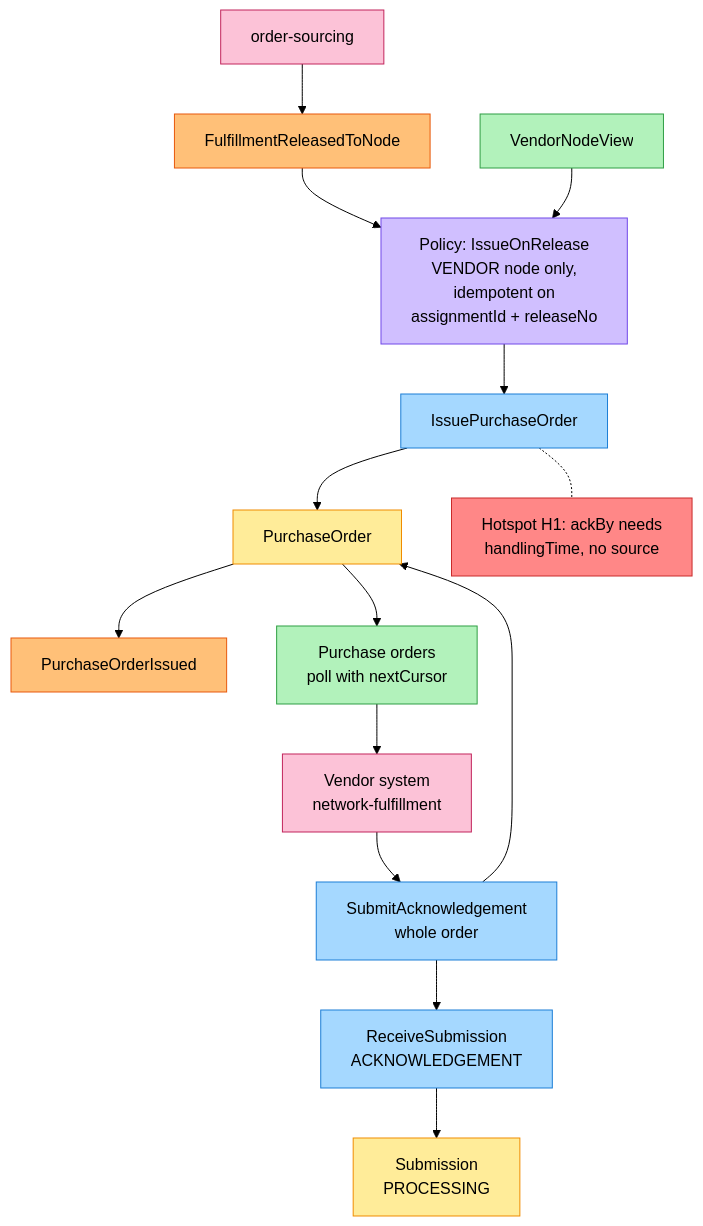
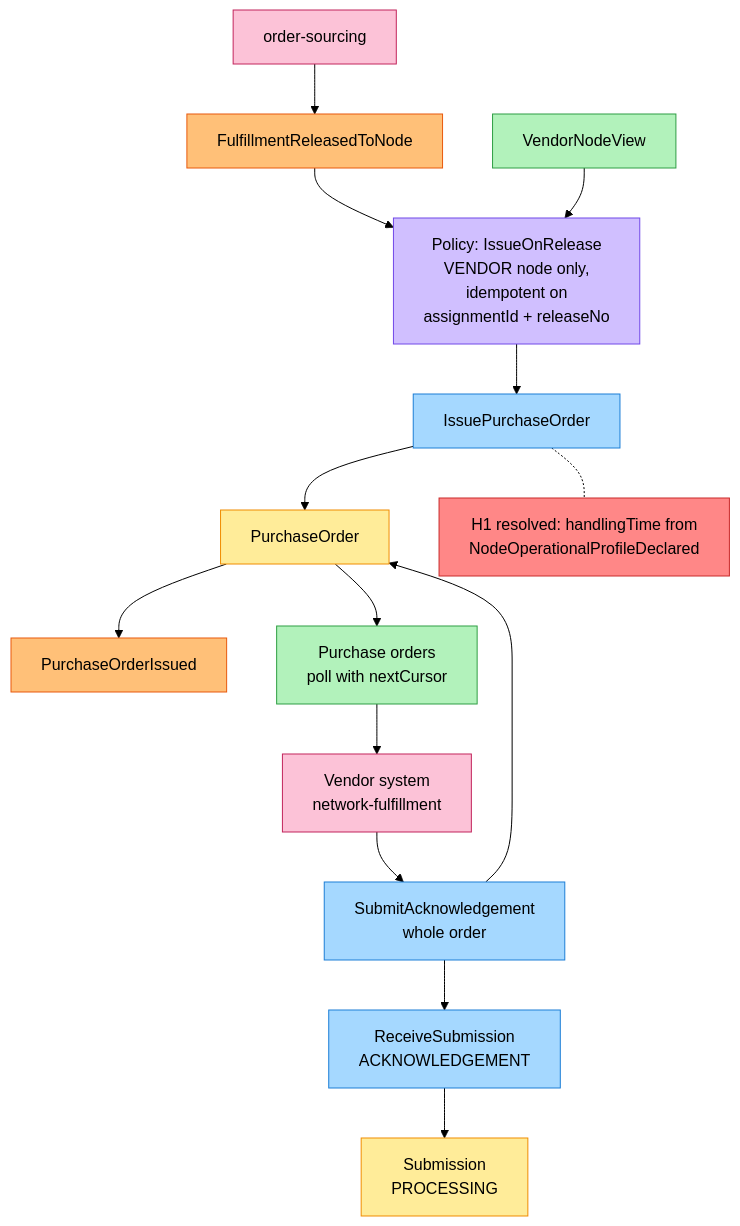
The second of 6 diagrams in network/docs/contexts/vendor-connectivity/eventstorming.md (IQVO/warehouse-docs), drawn with Mermaid (forest theme) before and after one commit. The commit also changed other lines of this file and 7 other files, not shown here.

Commit message:
network(vendor-connectivity): align model and pack with service ADRs (vendor suspension routes/events/409, shared slugs, profile consumed for ackBy, status last-delivered-wins, cancel and label-outage errors); regenerate event standard

````diff
--- a/network/docs/contexts/vendor-connectivity/eventstorming.md
+++ b/network/docs/contexts/vendor-connectivity/eventstorming.md
@@ -60,31 +60,31 @@
 ```mermaid
 flowchart TB
     OS["order-sourcing"]:::external
     E0["FulfillmentReleasedToNode"]:::event
     P1["Policy: IssueOnRelease<br/>VENDOR node only,<br/>idempotent on<br/>assignmentId + releaseNo"]:::policy
     R1["VendorNodeView"]:::readmodel
     C1["IssuePurchaseOrder"]:::command
     G1["PurchaseOrder"]:::aggregate
     E1["PurchaseOrderIssued"]:::event
-    H1["Hotspot H1: ackBy needs<br/>handlingTime, no source"]:::hotspot
+    H1["H1 resolved: handlingTime from<br/>NodeOperationalProfileDeclared"]:::hotspot
     V["Vendor system<br/>network-fulfillment"]:::external
     R2["Purchase orders<br/>poll with nextCursor"]:::readmodel
     C2["SubmitAcknowledgement<br/>whole order"]:::command
     C3["ReceiveSubmission<br/>ACKNOWLEDGEMENT"]:::command
     G2["Submission<br/>PROCESSING"]:::aggregate
     OS --> E0 --> P1
     R1 --> P1
     P1 --> C1 --> G1 --> E1
     C1 -.- H1
     G1 --> R2 --> V
     V --> C2 --> G1
     C2 --> C3 --> G2
     classDef actor fill:#fff59d,stroke:#b59f00,color:#000
     classDef command fill:#a5d8ff,stroke:#1c7ed6,color:#000
     classDef aggregate fill:#ffec99,stroke:#f08c00,color:#000
     classDef event fill:#ffc078,stroke:#e8590c,color:#000
     classDef policy fill:#d0bfff,stroke:#7048e8,color:#000
     classDef readmodel fill:#b2f2bb,stroke:#2f9e44,color:#000
     classDef external fill:#fcc2d7,stroke:#c2255c,color:#000
     classDef hotspot fill:#ff8787,stroke:#c92a2a,color:#000
 ```
````
